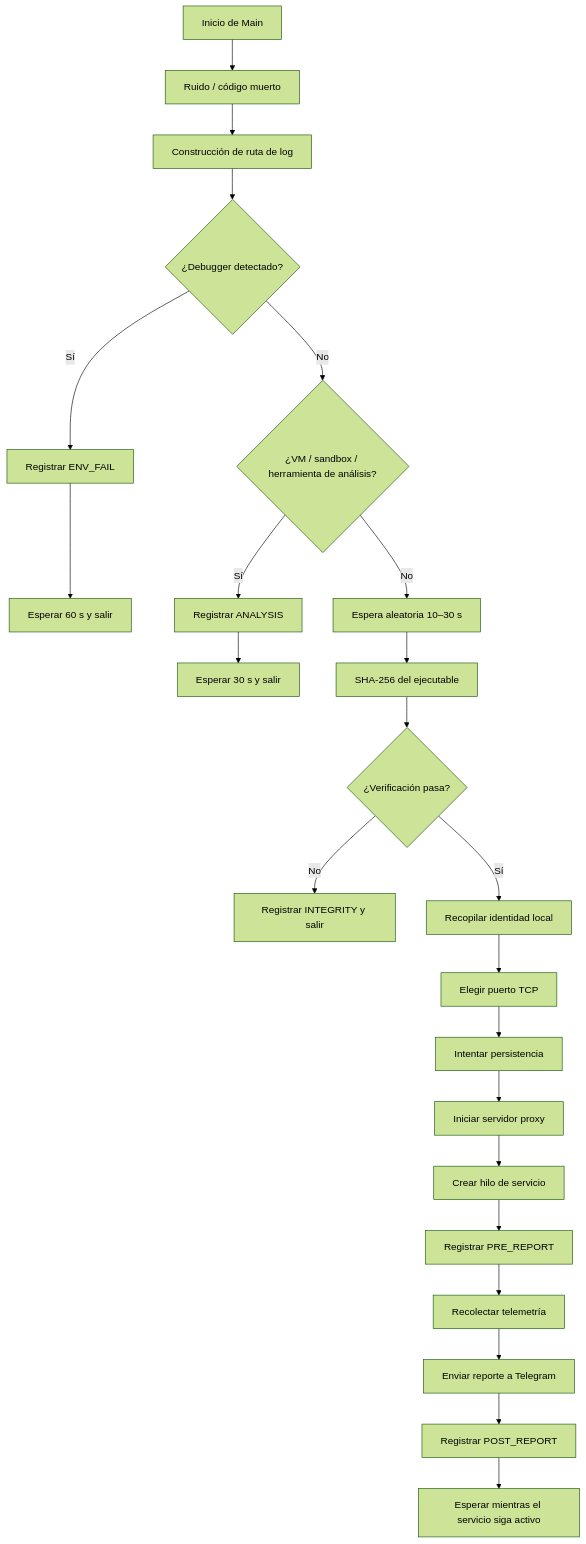
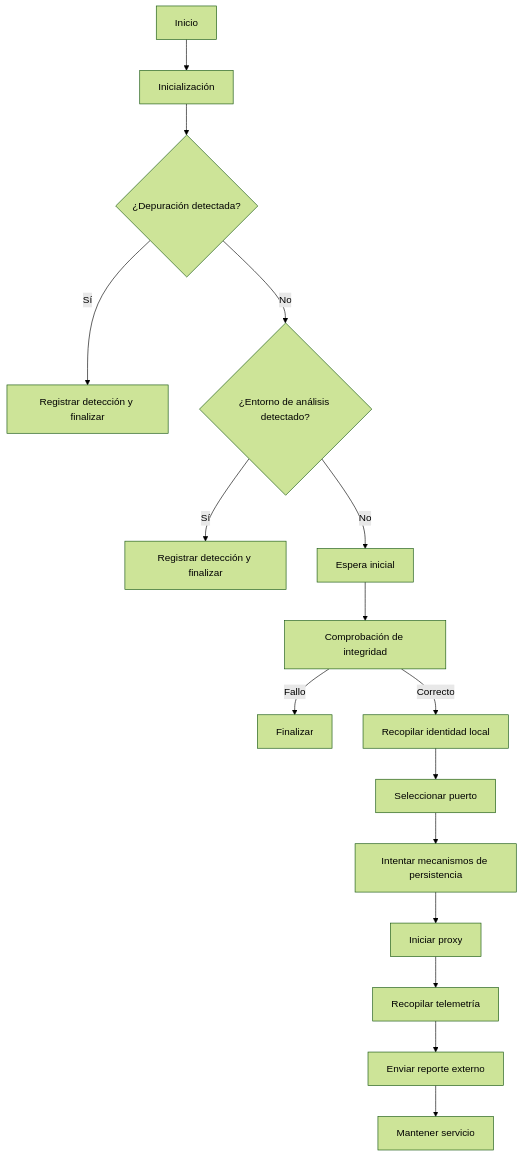
The first of 10 diagrams in README.md (HolyOnyxs/ProxyBotnet), drawn with Mermaid (forest theme) before and after one commit. The commit also changed other lines of this file, not shown here.

````diff
--- a/README.md
+++ b/README.md
@@ -31,25 +33,18 @@
 ```mermaid
 flowchart TD
-    A[Inicio de Main] --> B[Ruido / código muerto]
-    B --> C[Construcción de ruta de log]
-    C --> D{¿Debugger detectado?}
-    D -- Sí --> D1[Registrar ENV_FAIL]
-    D1 --> D2[Esperar 60 s y salir]
-    D -- No --> E{¿VM / sandbox / herramienta de análisis?}
-    E -- Sí --> E1[Registrar ANALYSIS]
-    E1 --> E2[Esperar 30 s y salir]
-    E -- No --> F[Espera aleatoria 10–30 s]
-    F --> G[SHA-256 del ejecutable]
-    G --> H{¿Verificación pasa?}
-    H -- No --> H1[Registrar INTEGRITY y salir]
-    H -- Sí --> I[Recopilar identidad local]
-    I --> J[Elegir puerto TCP]
-    J --> K[Intentar persistencia]
-    K --> L[Iniciar servidor proxy]
-    L --> M[Crear hilo de servicio]
-    M --> N[Registrar PRE_REPORT]
-    N --> O[Recolectar telemetría]
-    O --> P[Enviar reporte a Telegram]
-    P --> Q[Registrar POST_REPORT]
-    Q --> R[Esperar mientras el servicio siga activo]
+    A["Inicio"] --> B["Inicialización"]
+    B --> C{"¿Depuración detectada?"}
+    C -->|Sí| D["Registrar detección y finalizar"]
+    C -->|No| E{"¿Entorno de análisis detectado?"}
+    E -->|Sí| F["Registrar detección y finalizar"]
+    E -->|No| G["Espera inicial"]
+    G --> H["Comprobación de integridad"]
+    H -->|Fallo| I["Finalizar"]
+    H -->|Correcto| J["Recopilar identidad local"]
+    J --> K["Seleccionar puerto"]
+    K --> L["Intentar mecanismos de persistencia"]
+    L --> M["Iniciar proxy"]
+    M --> N["Recopilar telemetría"]
+    N --> O["Enviar reporte externo"]
+    O --> P["Mantener servicio"]
 ```
````
